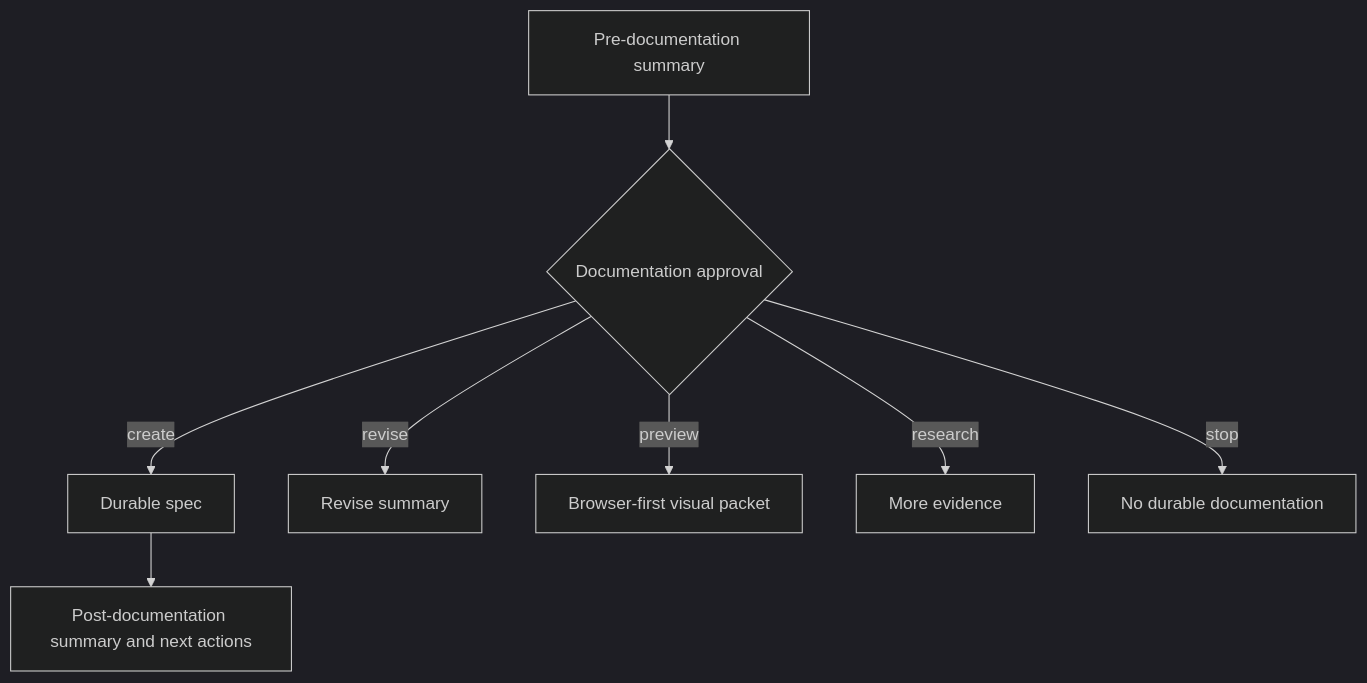
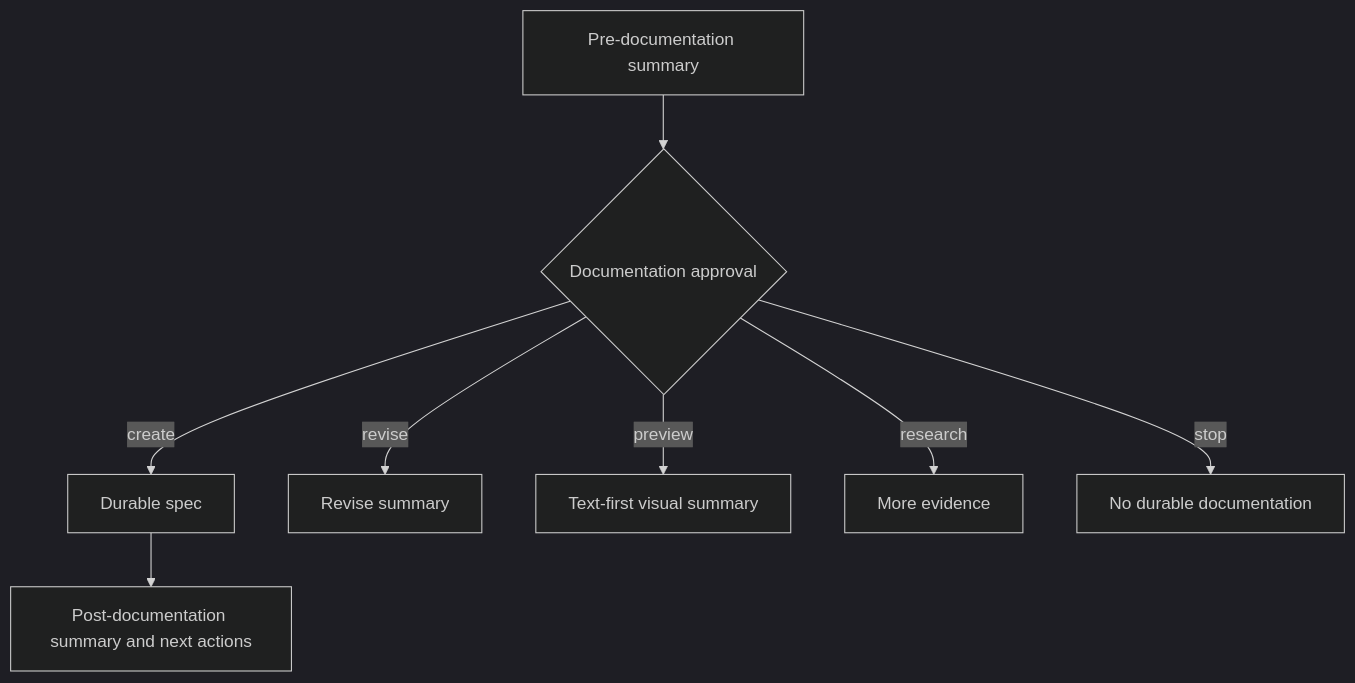
The diagram in docs/references/visual-explanation-standard.md (vTRKA/supervibe), drawn with Mermaid (dark theme) before and after one commit. The commit also changed other lines of this file and 53 other files, not shown here.

Commit message:
feat: harden task graph flow readiness

````diff
--- a/docs/references/visual-explanation-standard.md
+++ b/docs/references/visual-explanation-standard.md
@@ -81,12 +79,12 @@
 ```mermaid
 flowchart TD
   %% accTitle: Documentation approval path
   %% accDescr: Summary is shown before durable documentation; the user can create, revise, preview, research, or stop before any file is written.
   Summary[Pre-documentation summary] --> Gate{Documentation approval}
   Gate -->|create| Spec[Durable spec]
   Gate -->|revise| Revise[Revise summary]
-  Gate -->|preview| Visual[Browser-first visual packet]
+  Gate -->|preview| Visual[Text-first visual summary]
   Gate -->|research| Evidence[More evidence]
   Gate -->|stop| Stop[No durable documentation]
   Spec --> Post[Post-documentation summary and next actions]
 ```
````
